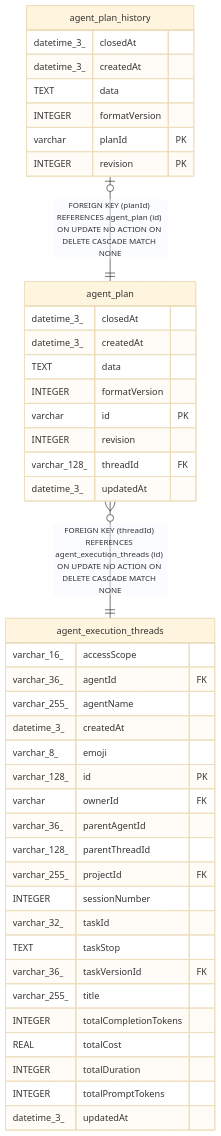
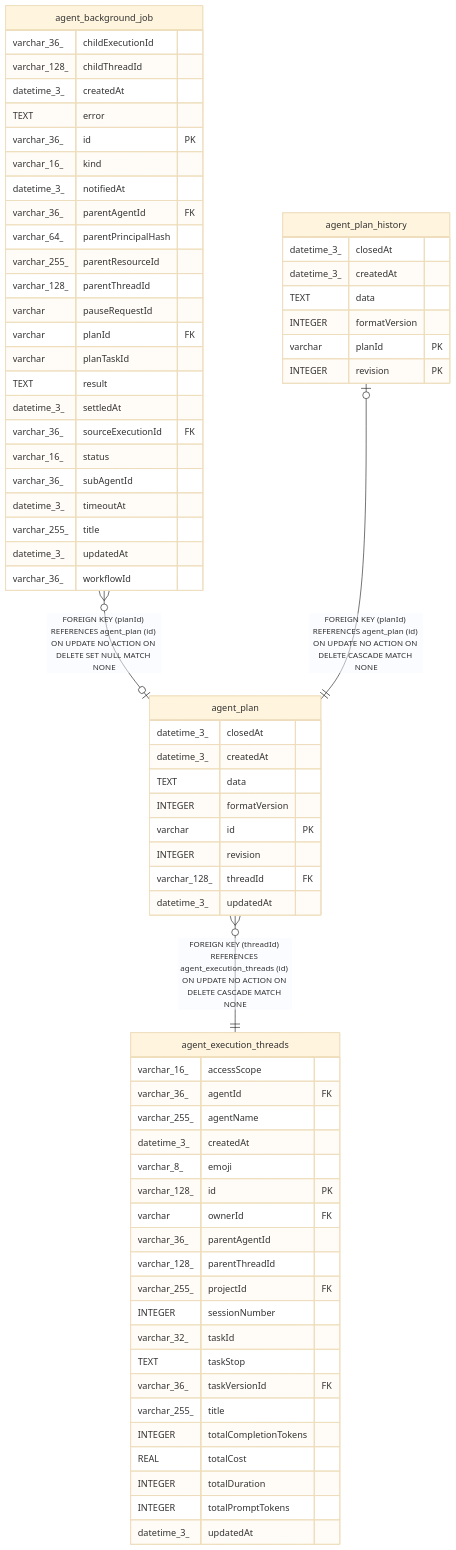
Before and after one commit to Dhananjayrbiraris/n8n: the diagram in docs/generated/sqlite-schema/agent_plan.md, drawn with Mermaid (base theme). The commit also changed other lines of this file and 41 other files, not shown here.

````diff
--- a/docs/generated/sqlite-schema/agent_plan.md
+++ b/docs/generated/sqlite-schema/agent_plan.md
@@ -47,47 +47,73 @@
 ```mermaid
 erDiagram
 
+"agent_background_job" }o--o| "agent_plan" : "FOREIGN KEY (planId) REFERENCES agent_plan (id) ON UPDATE NO ACTION ON DELETE SET NULL MATCH NONE"
 "agent_plan_history" |o--|| "agent_plan" : "FOREIGN KEY (planId) REFERENCES agent_plan (id) ON UPDATE NO ACTION ON DELETE CASCADE MATCH NONE"
 "agent_plan" }o--|| "agent_execution_threads" : "FOREIGN KEY (threadId) REFERENCES agent_execution_threads (id) ON UPDATE NO ACTION ON DELETE CASCADE MATCH NONE"
 
 "agent_plan" {
   datetime_3_ closedAt
   datetime_3_ createdAt
   TEXT data
   INTEGER formatVersion
   varchar id PK
   INTEGER revision
   varchar_128_ threadId FK
   datetime_3_ updatedAt
+}
+"agent_background_job" {
+  varchar_36_ childExecutionId
+  varchar_128_ childThreadId
+  datetime_3_ createdAt
+  TEXT error
+  varchar_36_ id PK
+  varchar_16_ kind
+  datetime_3_ notifiedAt
+  varchar_36_ parentAgentId FK
+  varchar_64_ parentPrincipalHash
+  varchar_255_ parentResourceId
+  varchar_128_ parentThreadId
+  varchar pauseRequestId
+  varchar planId FK
+  varchar planTaskId
+  TEXT result
+  datetime_3_ settledAt
+  varchar_36_ sourceExecutionId FK
+  varchar_16_ status
+  varchar_36_ subAgentId
+  datetime_3_ timeoutAt
+  varchar_255_ title
+  datetime_3_ updatedAt
+  varchar_36_ workflowId
 }
 "agent_plan_history" {
   datetime_3_ closedAt
   datetime_3_ createdAt
   TEXT data
   INTEGER formatVersion
   varchar planId PK
   INTEGER revision PK
 }
 "agent_execution_threads" {
   varchar_16_ accessScope
   varchar_36_ agentId FK
   varchar_255_ agentName
   datetime_3_ createdAt
   varchar_8_ emoji
   varchar_128_ id PK
   varchar ownerId FK
   varchar_36_ parentAgentId
   varchar_128_ parentThreadId
   varchar_255_ projectId FK
   INTEGER sessionNumber
   varchar_32_ taskId
   TEXT taskStop
   varchar_36_ taskVersionId FK
   varchar_255_ title
   INTEGER totalCompletionTokens
   REAL totalCost
   INTEGER totalDuration
   INTEGER totalPromptTokens
   datetime_3_ updatedAt
 }
 ```
````
